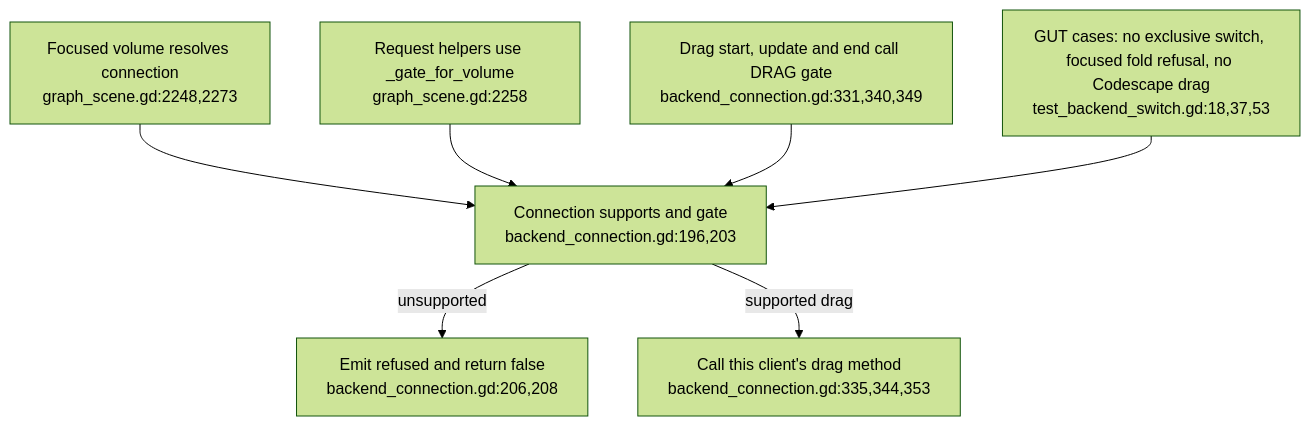
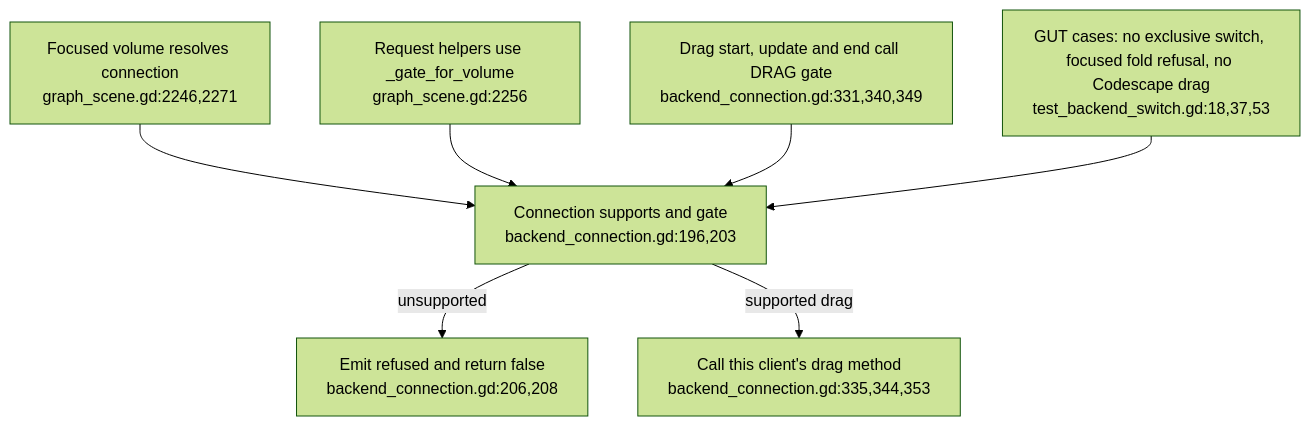
Before and after one commit to DreamLab-AI/VisionFlow: the second of 4 diagrams in docs/diagrams/visionclaw/44-xr-concurrent-backend-connections.md, drawn with Mermaid (forest theme). The commit also changed other lines of this file and 7 other files, not shown here.

First line of the commit message:
diagrams(visionclaw): re-verify VC-43..VC-50 at visionclaw 4900ec6

````diff
--- a/docs/diagrams/visionclaw/44-xr-concurrent-backend-connections.md
+++ b/docs/diagrams/visionclaw/44-xr-concurrent-backend-connections.md
@@ -56,9 +56,9 @@
 ```mermaid
 flowchart TD
-    FOCUS["Focused volume resolves connection<br/>graph_scene.gd:2248,2273"] --> CAP["Connection supports and gate<br/>backend_connection.gd:196,203"]
-    REQ["Request helpers use _gate_for_volume<br/>graph_scene.gd:2258"] --> CAP
+    FOCUS["Focused volume resolves connection<br/>graph_scene.gd:2246,2271"] --> CAP["Connection supports and gate<br/>backend_connection.gd:196,203"]
+    REQ["Request helpers use _gate_for_volume<br/>graph_scene.gd:2256"] --> CAP
     DRAG["Drag start, update and end call DRAG gate<br/>backend_connection.gd:331,340,349"] --> CAP
     CAP -->|unsupported| NO["Emit refused and return false<br/>backend_connection.gd:206,208"]
     CAP -->|supported drag| SEND["Call this client's drag method<br/>backend_connection.gd:335,344,353"]
     TEST["GUT cases: no exclusive switch, focused fold refusal, no Codescape drag<br/>test_backend_switch.gd:18,37,53"] --> CAP
 ```
````
